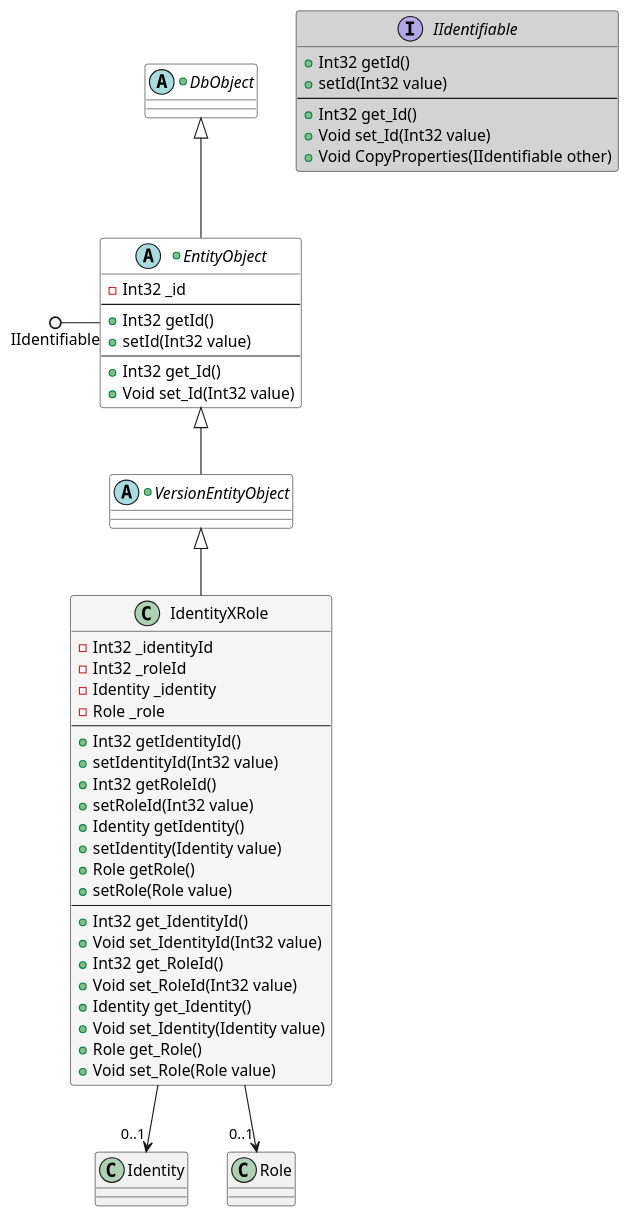
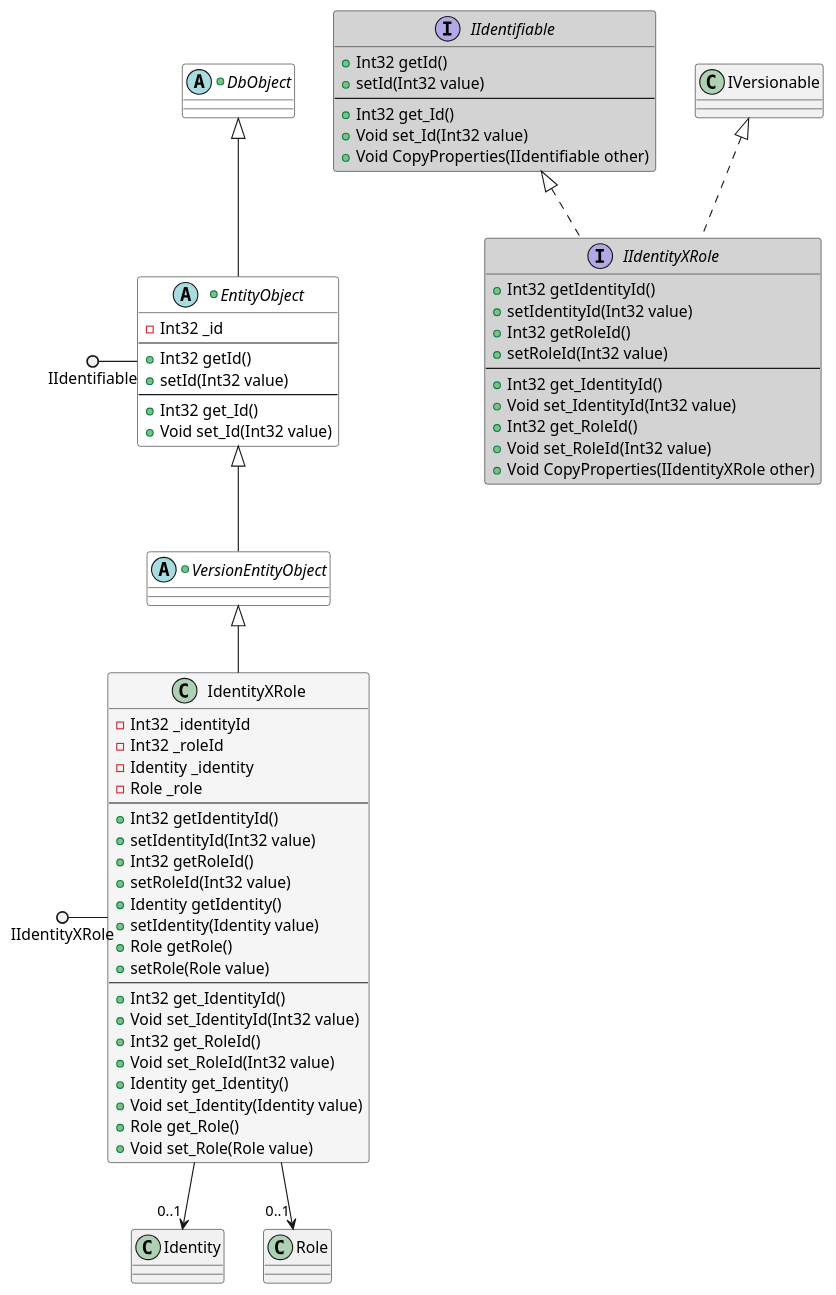
The diagram in Diagrams/Entities/Account/IdentityXRole.puml (leoggehrer/SEeVaccinationPass), drawn with PlantUML before and after one commit. The commit also changed 58 other files, not shown here.

```diff
--- a/Diagrams/Entities/Account/IdentityXRole.puml
+++ b/Diagrams/Entities/Account/IdentityXRole.puml
@@ -2,53 +2,68 @@
 @startuml eVaccinationPass.Logic.Entities.Account.IdentityXRole
 class IdentityXRole #whitesmoke {
     - Int32 _identityId
     - Int32 _roleId
     - Identity _identity
     - Role _role
     ---
      + Int32 getIdentityId()
      + setIdentityId(Int32 value)
      + Int32 getRoleId()
      + setRoleId(Int32 value)
      + Identity getIdentity()
      + setIdentity(Identity value)
      + Role getRole()
      + setRole(Role value)
     ---
     + Int32 get_IdentityId()
     + Void set_IdentityId(Int32 value)
     + Int32 get_RoleId()
     + Void set_RoleId(Int32 value)
     + Identity get_Identity()
     + Void set_Identity(Identity value)
     + Role get_Role()
     + Void set_Role(Role value)
 }
 +abstract class VersionEntityObject #white {
 }
 +abstract class EntityObject #white {
     - Int32 _id
     ---
      + Int32 getId()
      + setId(Int32 value)
     ---
     + Int32 get_Id()
     + Void set_Id(Int32 value)
 }
 +abstract class DbObject #white {
 }
+interface IIdentityXRole #lightgrey {
+     + Int32 getIdentityId()
+     + setIdentityId(Int32 value)
+     + Int32 getRoleId()
+     + setRoleId(Int32 value)
+    ---
+    + Int32 get_IdentityId()
+    + Void set_IdentityId(Int32 value)
+    + Int32 get_RoleId()
+    + Void set_RoleId(Int32 value)
+    + Void CopyProperties(IIdentityXRole other)
+}
 interface IIdentifiable #lightgrey {
      + Int32 getId()
      + setId(Int32 value)
     ---
     + Int32 get_Id()
     + Void set_Id(Int32 value)
     + Void CopyProperties(IIdentifiable other)
 }
 VersionEntityObject <|-- IdentityXRole
 EntityObject <|-- VersionEntityObject
 DbObject <|-- EntityObject
+IVersionable <|.. IIdentityXRole
+IIdentifiable <|.. IIdentityXRole
+IIdentityXRole ()- IdentityXRole
 IIdentifiable ()- EntityObject
 IdentityXRole --> "0..1" Identity
 IdentityXRole --> "0..1" Role
 @enduml
```
